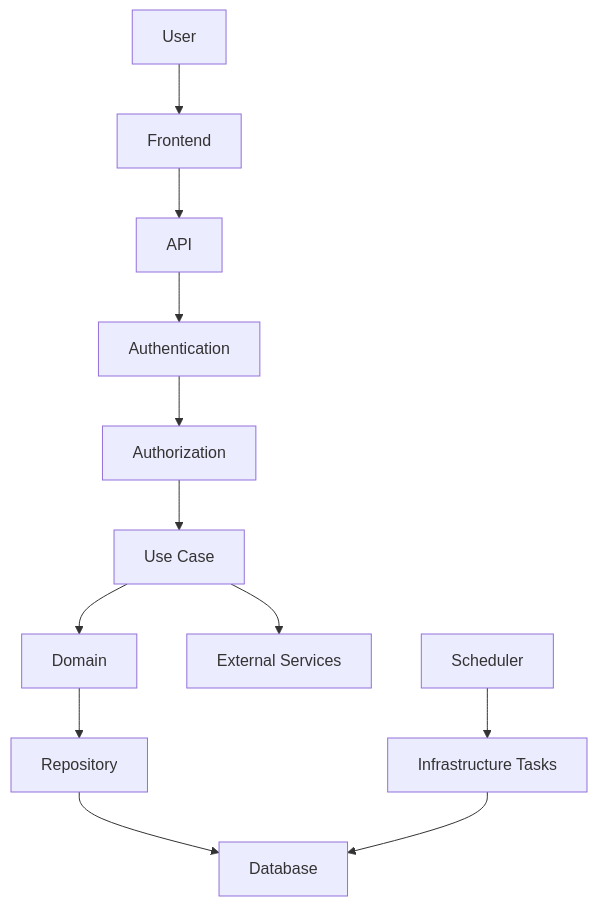
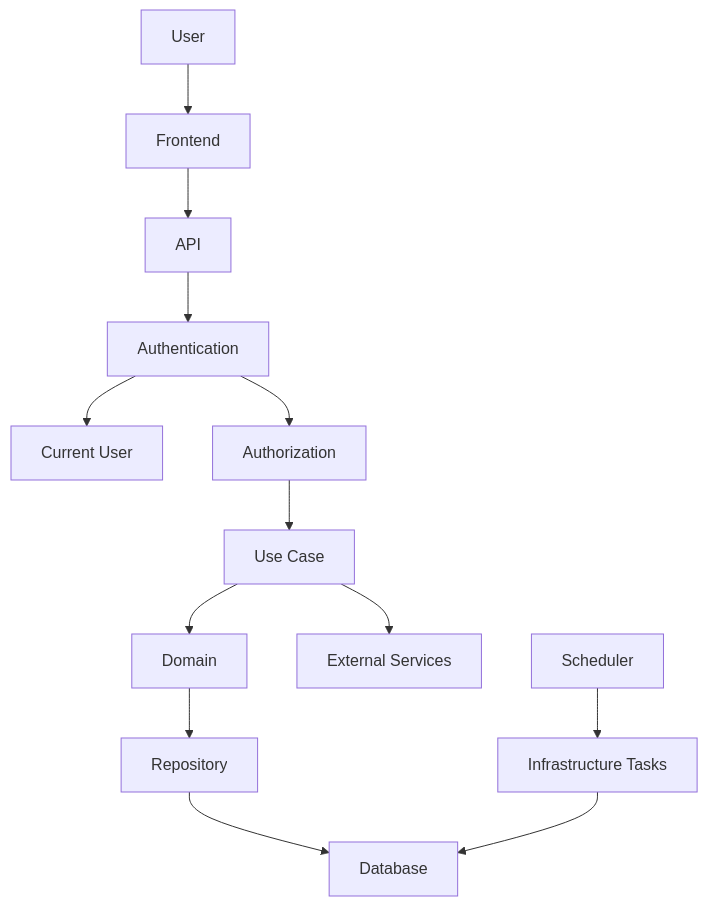
Before and after one commit to CNVN2024-2-Boiz/etsubi: the second of 7 diagrams in ARCHITECTURE.md, drawn with Mermaid. The commit also changed other lines of this file, not shown here.

Commit message:
update architecture

````diff
--- a/ARCHITECTURE.md
+++ b/ARCHITECTURE.md
@@ -38,19 +42,21 @@
 ```mermaid
 flowchart TD
     User["User"] --> UI["Frontend"]
 
     UI --> API["API"]
     API --> Auth["Authentication"]
+
+    Auth --> CurrentUser["Current User"]
     Auth --> Permission["Authorization"]
 
     Permission --> UseCase["Use Case"]
     UseCase --> Domain["Domain"]
 
     Domain --> Repository["Repository"]
     Repository --> Database["Database"]
 
     UseCase --> External["External Services"]
 
     Scheduler["Scheduler"] --> Infrastructure["Infrastructure Tasks"]
     Infrastructure --> Database
 ```
````
